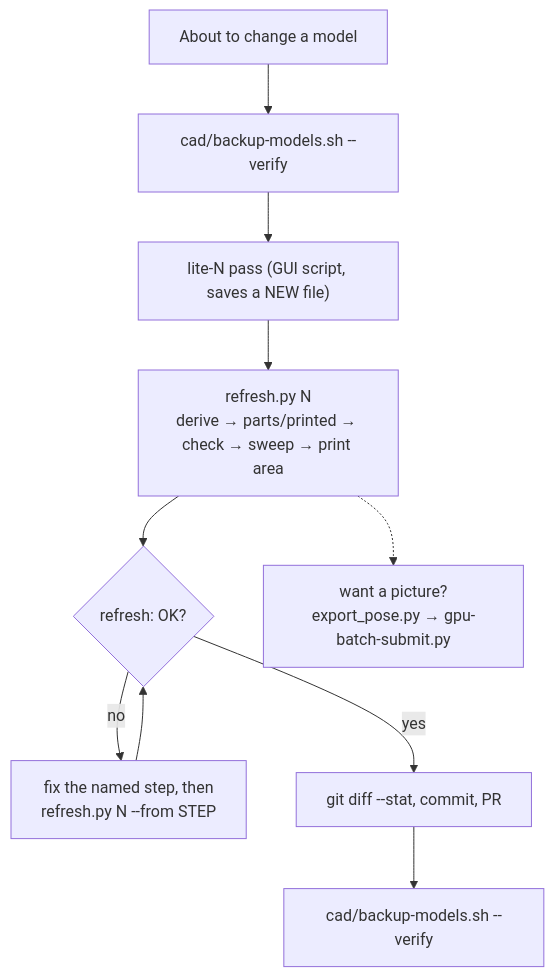
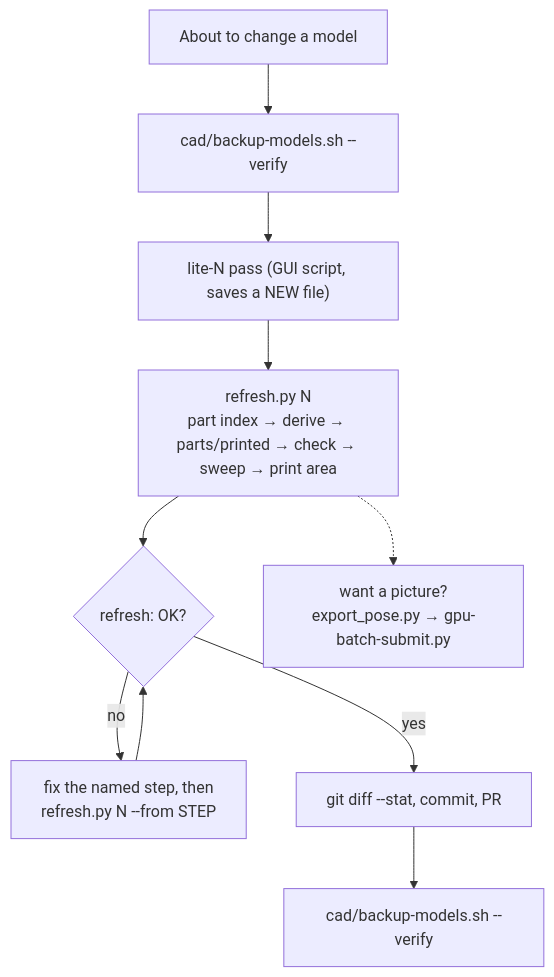
The diagram in notes/scripts.md (dvystrcil/vt350), drawn with Mermaid before and after one commit. The commit also changed other lines of this file and 4 other files, not shown here.

First line of the commit message:
refresh.py: index the model and its companions first (part_index step, #90 AC3) (#104)

````diff
--- a/notes/scripts.md
+++ b/notes/scripts.md
@@ -15,12 +15,12 @@
 ```mermaid
 flowchart TD
     A[About to change a model] --> B["cad/backup-models.sh --verify"]
     B --> C["lite-N pass (GUI script, saves a NEW file)"]
-    C --> D["refresh.py N<br/>derive → parts/printed → check → sweep → print area"]
+    C --> D["refresh.py N<br/>part index → derive → parts/printed → check → sweep → print area"]
     D --> E{refresh: OK?}
     E -- no --> F[fix the named step, then<br/>refresh.py N --from STEP]
     F --> E
     E -- yes --> G["git diff --stat, commit, PR"]
     G --> H["cad/backup-models.sh --verify"]
     D -.-> R["want a picture?<br/>export_pose.py → gpu-batch-submit.py"]
 ```
````
